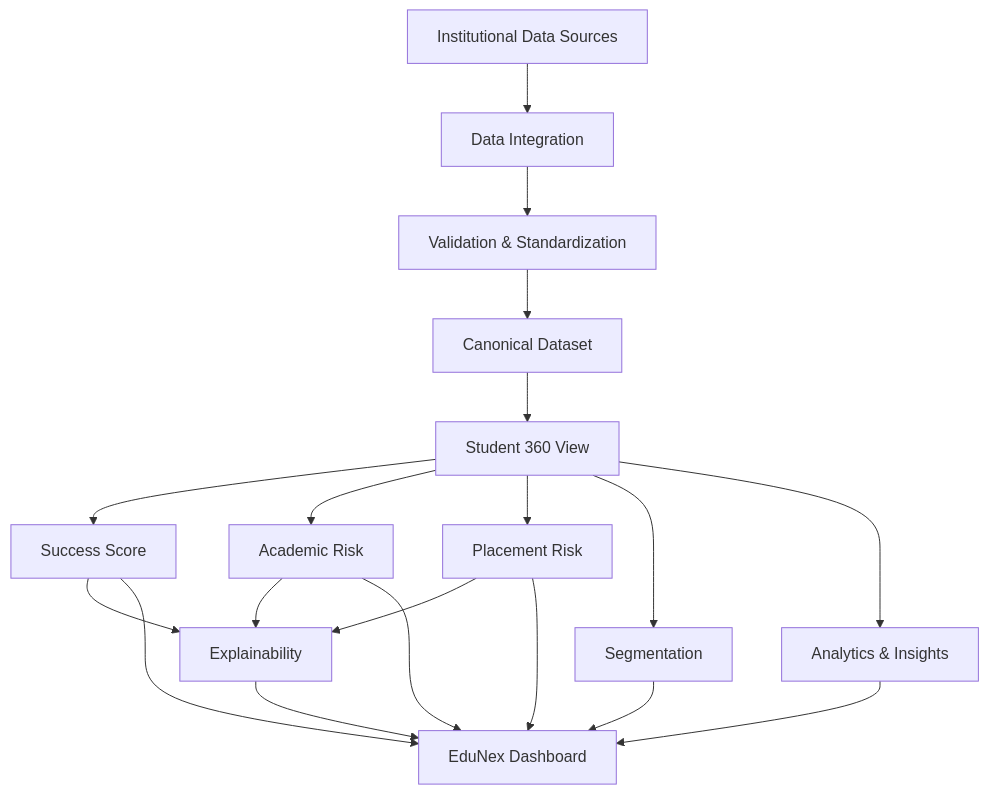
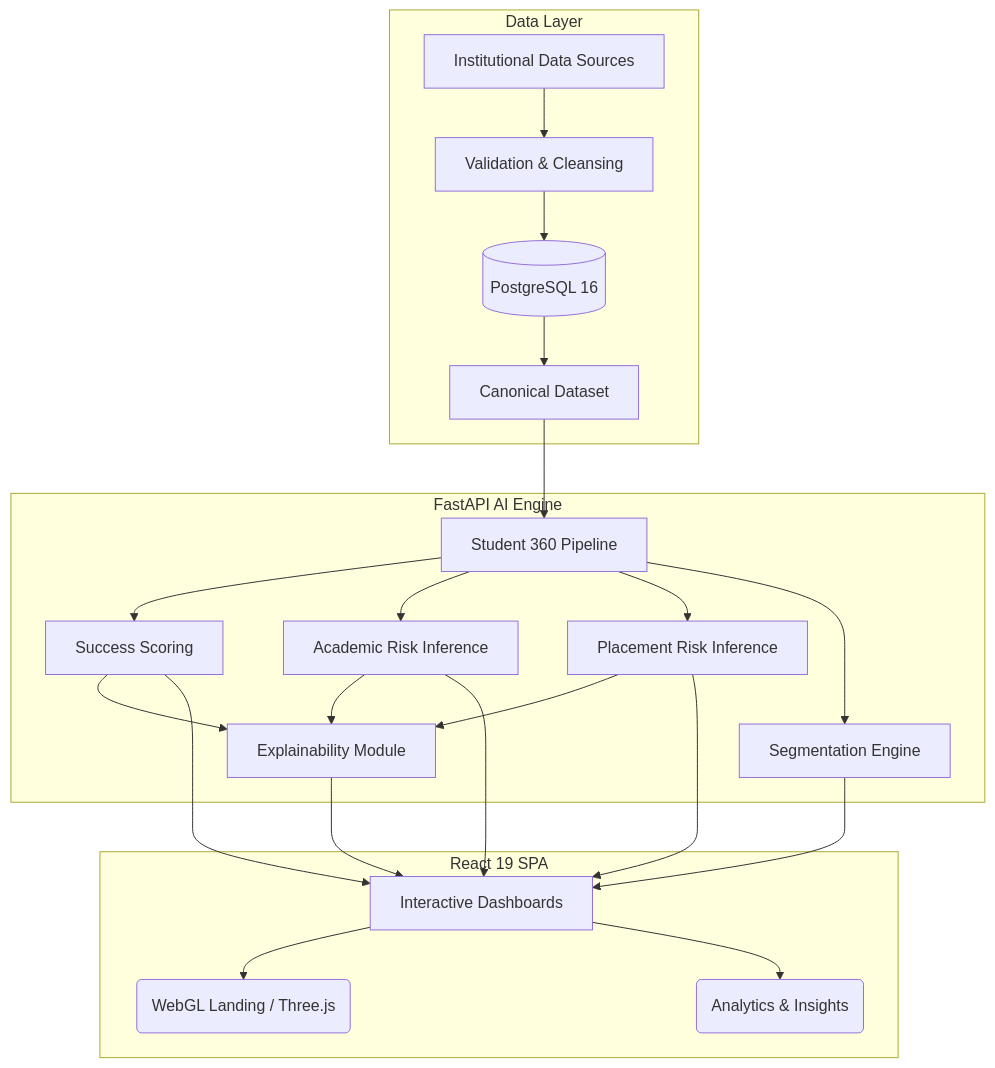
The diagram in README.md (JAY4IGNITE/edunex), drawn with Mermaid before and after one commit. The commit also changed other lines of this file and 6 other files, not shown here.

Commit message:
feat: enhance landing page with interactive 3D background and professional README

````diff
--- a/README.md
+++ b/README.md
@@ -295,24 +72,23 @@
 ```mermaid
 flowchart TD
-    A[Institutional Data Sources] --> B[Data Integration]
-    B --> C[Validation & Standardization]
-    C --> D[Canonical Dataset]
-    D --> E[Student 360 View]
+    subgraph Data Layer
+        A[Institutional Data Sources] --> B[Validation & Cleansing]
+        B --> C[(PostgreSQL 16)]
+        C --> D[Canonical Dataset]
+    end
 
-    E --> F[Success Score]
-    E --> G[Academic Risk]
-    E --> H[Placement Risk]
-    E --> I[Segmentation]
-    E --> J[Analytics & Insights]
+    subgraph Analytical Engine [FastAPI AI Engine]
+        D --> E[Student 360 Pipeline]
+        E --> F[Success Scoring]
+        E --> G[Academic Risk Inference]
+        E --> H[Placement Risk Inference]
+        F & G & H --> I[Explainability Module]
+        E --> J[Segmentation Engine]
+    end
 
-    F --> K[Explainability]
-    G --> K
-    H --> K
-
-    F --> L[EduNex Dashboard]
-    G --> L
-    H --> L
-    I --> L
-    J --> L
-    K --> L
+    subgraph Presentation Layer [React 19 SPA]
+        F & G & H & I & J --> K[Interactive Dashboards]
+        K --> L(WebGL Landing / Three.js)
+        K --> M(Analytics & Insights)
+    end
 ```
````
